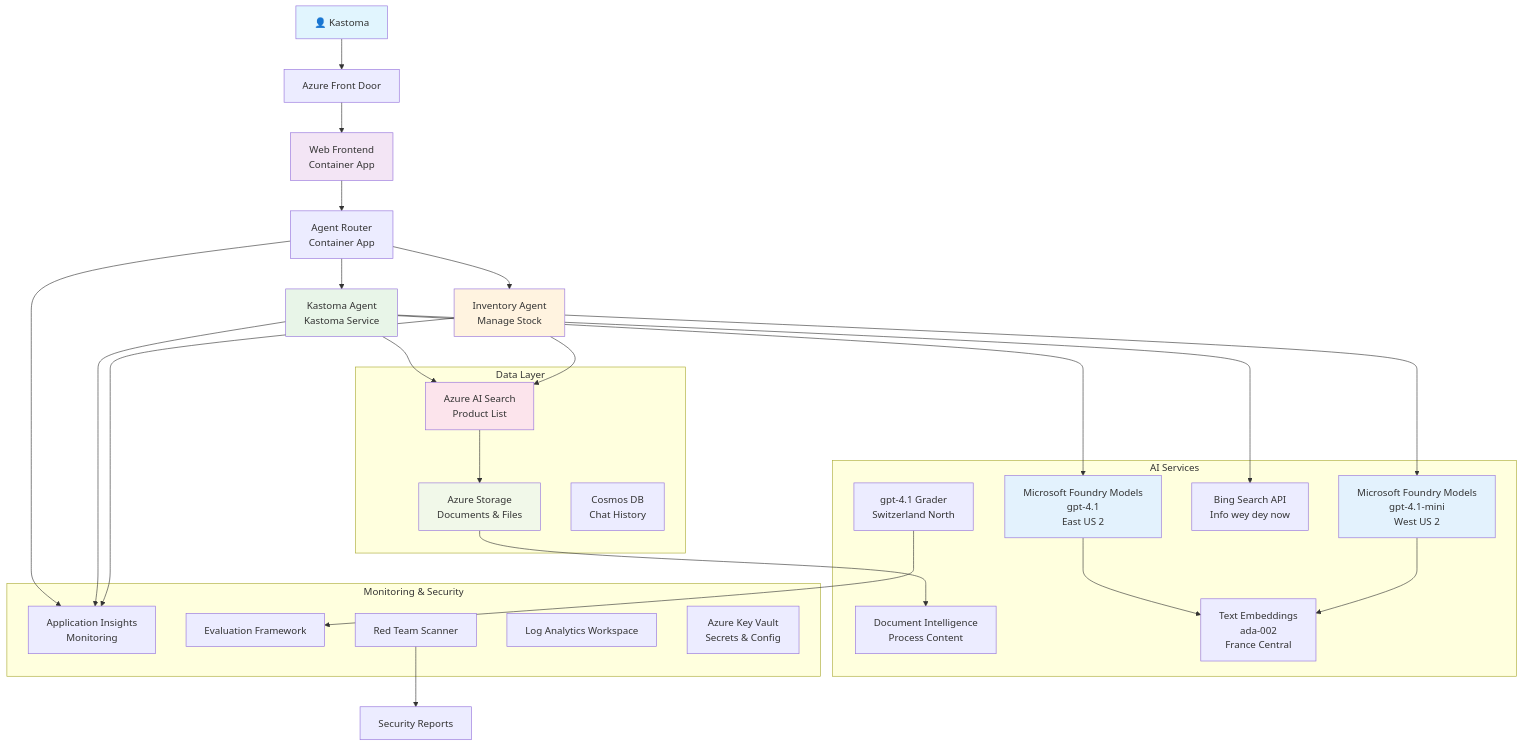
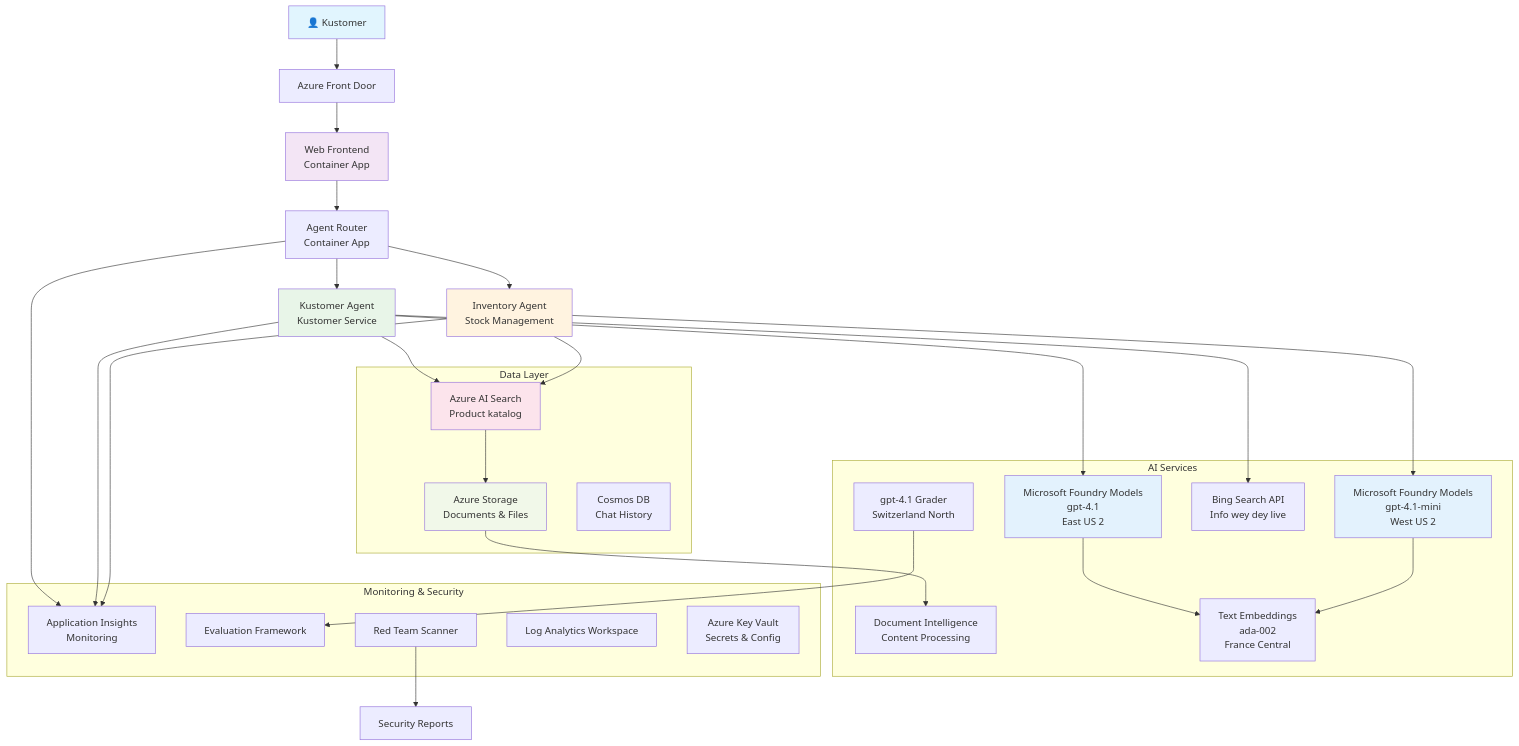
Before and after one commit to microsoft/AZD-for-beginners: the diagram in translations/pcm/examples/retail-scenario.md, drawn with Mermaid. The commit also changed other lines of this file and 104 other files, not shown here.

````diff
--- a/translations/pcm/examples/retail-scenario.md
+++ b/translations/pcm/examples/retail-scenario.md
@@ -139,61 +139,61 @@
 ```mermaid
 graph TB
-    User[👤 Kastoma] --> LB[Azure Front Door]
+    User[👤 Kustomer] --> LB[Azure Front Door]
     LB --> WebApp[Web Frontend<br/>Container App]
     
     WebApp --> Router[Agent Router<br/>Container App]
-    Router --> CustomerAgent[Kastoma Agent<br/>Kastoma Service]
-    Router --> InvAgent[Inventory Agent<br/>Manage Stock]
+    Router --> CustomerAgent[Kustomer Agent<br/>Kustomer Service]
+    Router --> InvAgent[Inventory Agent<br/>Stock Management]
     
     CustomerAgent --> OpenAI1[Microsoft Foundry Models<br/>gpt-4.1<br/>East US 2]
     InvAgent --> OpenAI2[Microsoft Foundry Models<br/>gpt-4.1-mini<br/>West US 2]
     
-    CustomerAgent --> AISearch[Azure AI Search<br/>Product List]
-    CustomerAgent --> BingSearch[Bing Search API<br/>Info wey dey now]
+    CustomerAgent --> AISearch[Azure AI Search<br/>Product katalog]
+    CustomerAgent --> BingSearch[Bing Search API<br/>Info wey dey live]
     InvAgent --> AISearch
     
     AISearch --> Storage[Azure Storage<br/>Documents & Files]
-    Storage --> DocIntel[Document Intelligence<br/>Process Content]
+    Storage --> DocIntel[Document Intelligence<br/>Content Processing]
     
     OpenAI1 --> Embeddings[Text Embeddings<br/>ada-002<br/>France Central]
     OpenAI2 --> Embeddings
     
     Router --> AppInsights[Application Insights<br/>Monitoring]
     CustomerAgent --> AppInsights
     InvAgent --> AppInsights
     
     GraderModel[gpt-4.1 Grader<br/>Switzerland North] --> Evaluation[Evaluation Framework]
     RedTeam[Red Team Scanner] --> SecurityReports[Security Reports]
     
     subgraph "Data Layer"
         Storage
         AISearch
         CosmosDB[Cosmos DB<br/>Chat History]
     end
     
     subgraph "AI Services"
         OpenAI1
         OpenAI2
         Embeddings
         GraderModel
         DocIntel
         BingSearch
     end
     
     subgraph "Monitoring & Security"
         AppInsights
         LogAnalytics[Log Analytics Workspace]
         KeyVault[Azure Key Vault<br/>Secrets & Config]
         RedTeam
         Evaluation
     end
     
     style User fill:#e1f5fe
     style WebApp fill:#f3e5f5
     style CustomerAgent fill:#e8f5e8
     style InvAgent fill:#fff3e0
     style OpenAI1 fill:#e3f2fd
     style OpenAI2 fill:#e3f2fd
     style AISearch fill:#fce4ec
     style Storage fill:#f1f8e9
 ```
````
